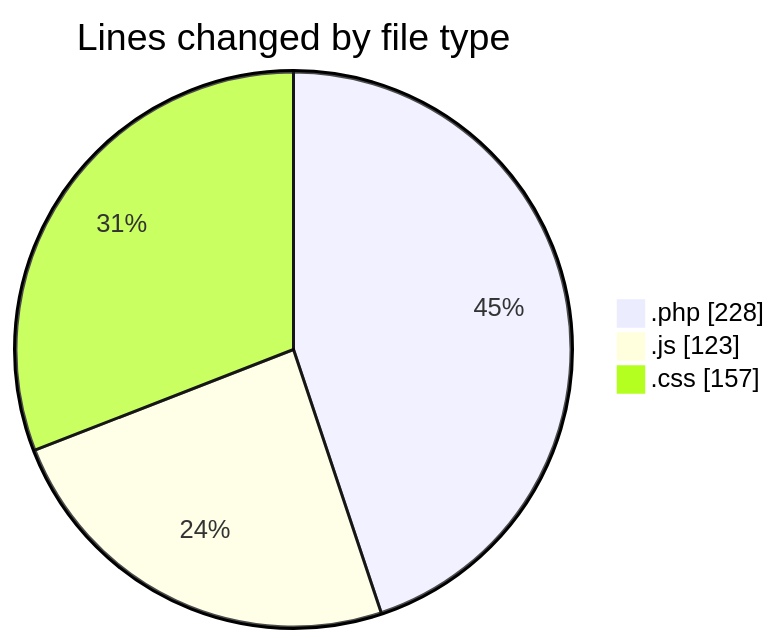
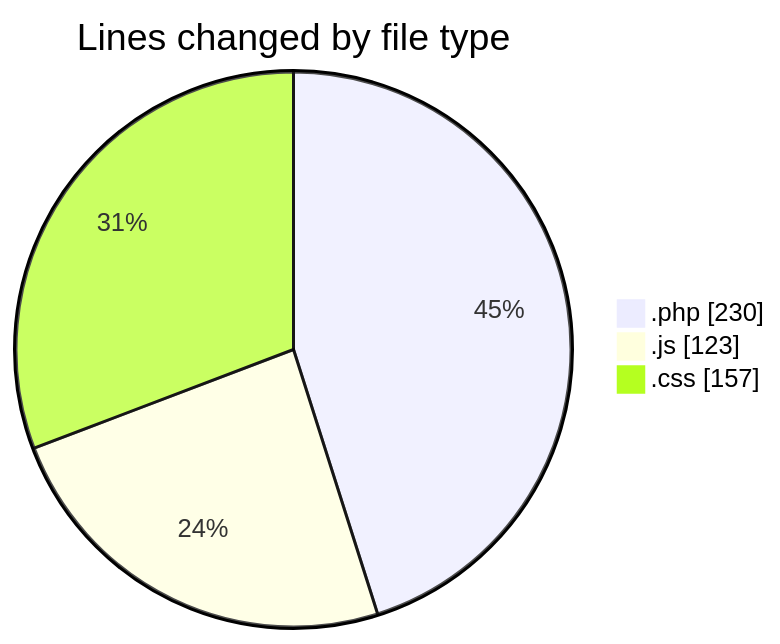
Before and after one commit to debugP/code-tracking: the first of 2 diagrams in 2025-10-28/untitled__workspace_/README.md, drawn with Mermaid. The commit also changed other lines of this file and 1 other file, not shown here.

````diff
--- a/2025-10-28/untitled__workspace_/README.md
+++ b/2025-10-28/untitled__workspace_/README.md
@@ -22,7 +22,7 @@
 ```mermaid
 pie showData
 title Lines changed by file type
-".php" : 228
+".php" : 230
 ".js" : 123
 ".css" : 157
 ```
````
